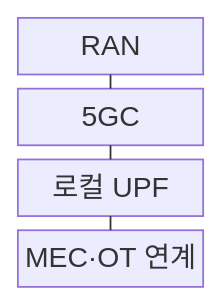
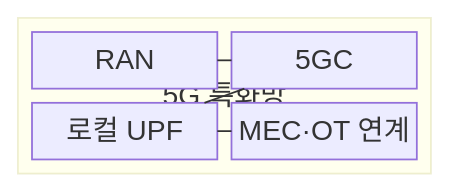
The first of 2 diagrams in src/content/docs/notes/04-network/041_private_5g_local_5g.md (agnusdei1207/knowledge-base), drawn with Mermaid before and after one commit. The commit also changed other lines of this file and 20 other files, not shown here.

````diff
--- a/src/content/docs/notes/04-network/041_private_5g_local_5g.md
+++ b/src/content/docs/notes/04-network/041_private_5g_local_5g.md
@@ -59,11 +61,14 @@
 ```mermaid
-block-beta
+block
     columns 1
-    A["RAN"]
-    B["5GC"]
-    C["로컬 UPF"]
-    D["MEC·OT 연계"]
-    A --- B
-    B --- C
-    C --- D
+    block:NPN["5G 특화망"]
+        columns 2
+        RAN["RAN"]
+        CORE["5GC"]
+        UPF["로컬 UPF"]
+        EDGE["MEC·OT 연계"]
+    end
+    RAN --- CORE
+    CORE --- UPF
+    UPF --- EDGE
 ```
````
